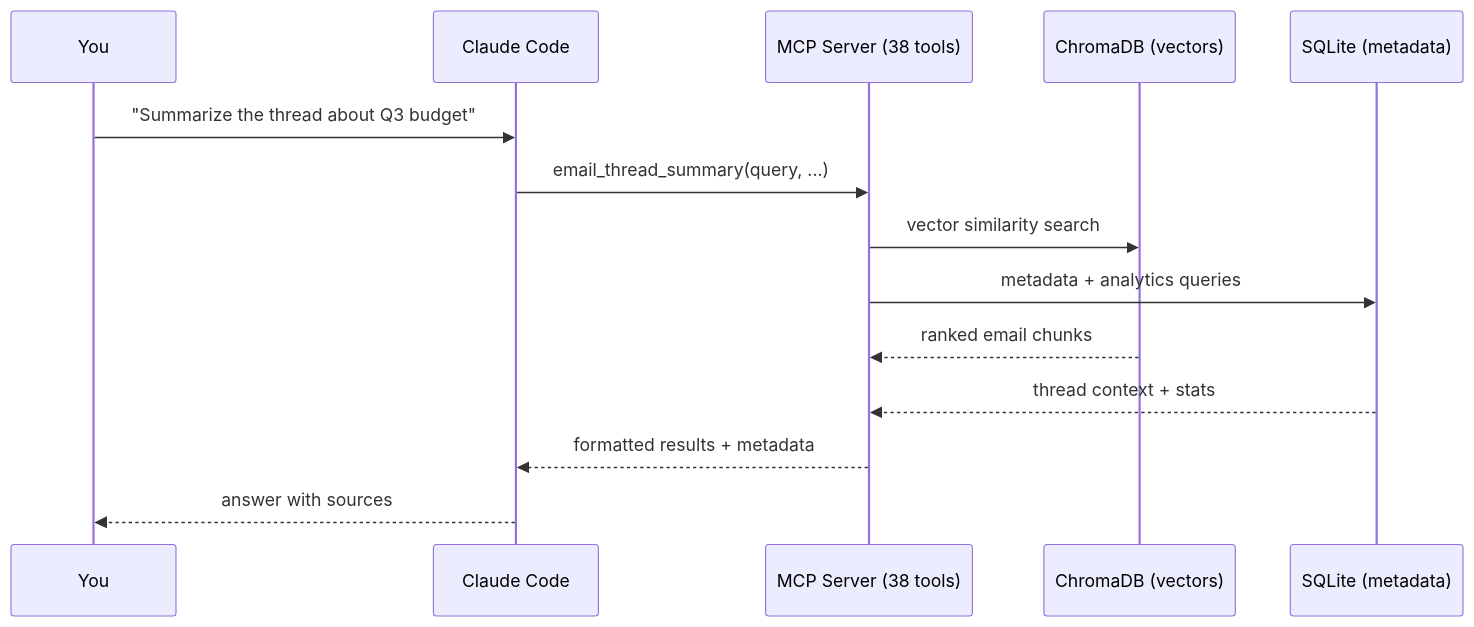
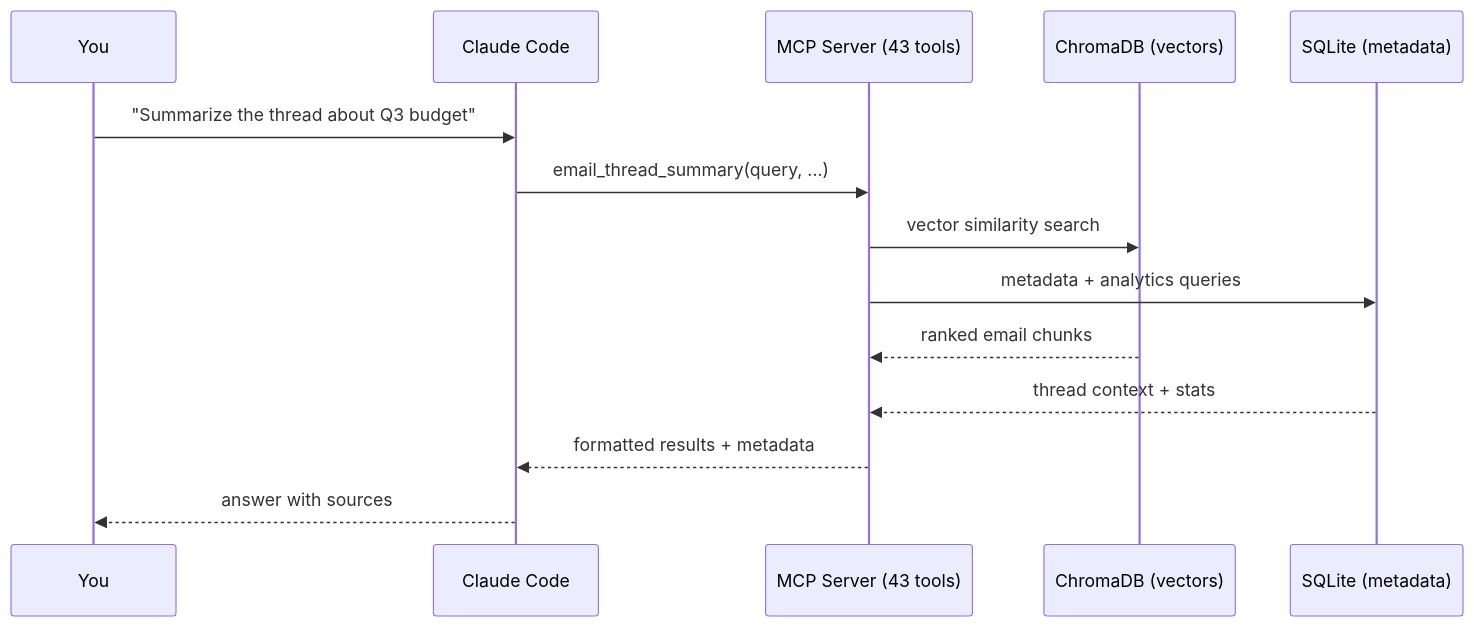
One commit to sebastianspicker/outlook-email-rag changed the second of 4 diagrams in README.md. Above: the diagram before and after it, drawn with Mermaid. The commit also changed other lines of this file and 11 other files, not shown here.

````diff
--- a/README.md
+++ b/README.md
@@ -48,17 +50,17 @@
 ```mermaid
 sequenceDiagram
     participant You
     participant Claude as Claude Code
-    participant MCP as MCP Server (38 tools)
+    participant MCP as MCP Server (43 tools)
     participant VDB as ChromaDB (vectors)
     participant SQL as SQLite (metadata)
 
     You->>Claude: "Summarize the thread about Q3 budget"
     Claude->>MCP: email_thread_summary(query, ...)
     MCP->>VDB: vector similarity search
     MCP->>SQL: metadata + analytics queries
     VDB-->>MCP: ranked email chunks
     SQL-->>MCP: thread context + stats
     MCP-->>Claude: formatted results + metadata
     Claude-->>You: answer with sources
 ```
````
